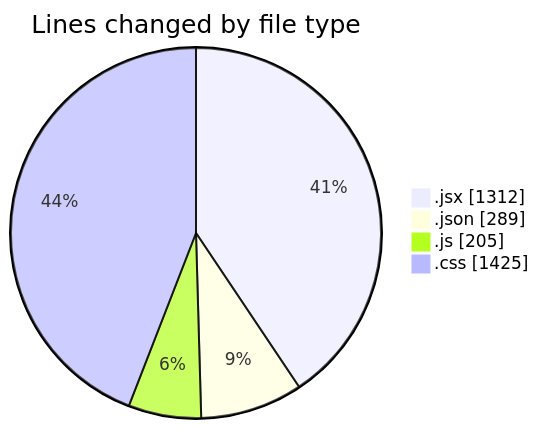
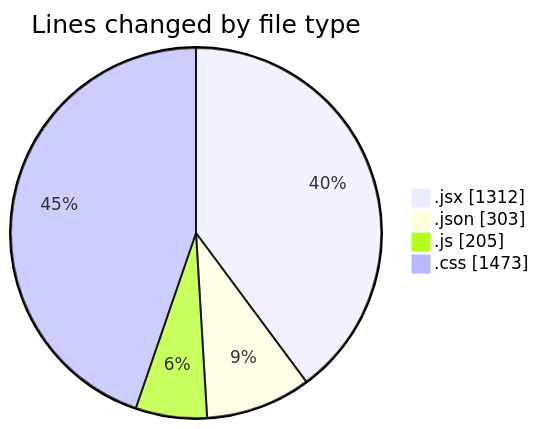
One commit to BS-eng2023/code-tracking changed the first of 2 diagrams in 2025-05-04/project/README.md. Above: the diagram before and after it, drawn with Mermaid. The commit also changed other lines of this file and 1 other file, not shown here.

````diff
--- a/2025-05-04/project/README.md
+++ b/2025-05-04/project/README.md
@@ -39,8 +39,8 @@
 ```mermaid
 pie showData
 title Lines changed by file type
 ".jsx" : 1312
-".json" : 289
+".json" : 303
 ".js" : 205
-".css" : 1425
+".css" : 1473
 ```
````
